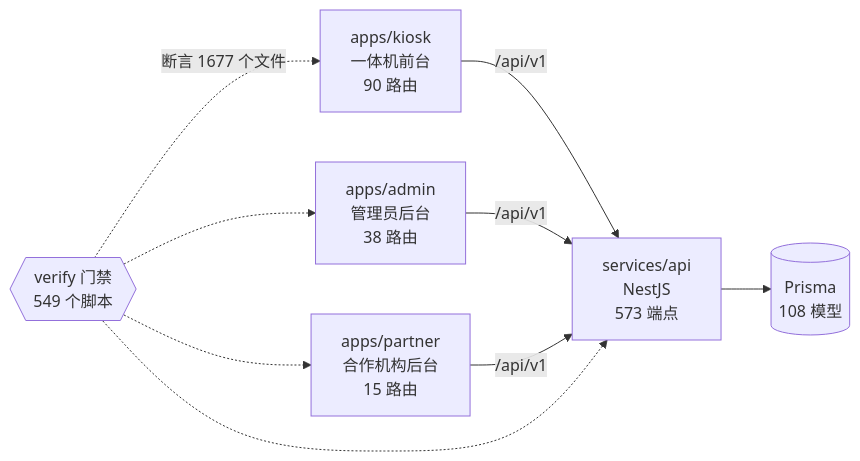
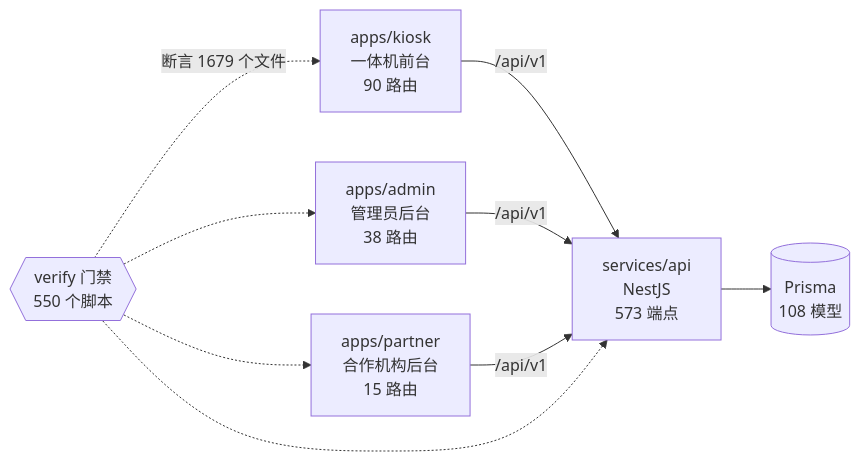
One commit to wanglei581/YITIJI changed the diagram in docs/graph/README.md. Above: the diagram before and after it, drawn with Mermaid. The commit also changed other lines of this file and 3 other files, not shown here.

Commit message:
docs(progress): 北京时间展示记录；重新生成图谱

````diff
--- a/docs/graph/README.md
+++ b/docs/graph/README.md
@@ -68,18 +68,18 @@
 ```mermaid
 flowchart LR
   kiosk["apps/kiosk<br/>一体机前台<br/>90 路由"]
   admin["apps/admin<br/>管理员后台<br/>38 路由"]
   partner["apps/partner<br/>合作机构后台<br/>15 路由"]
   api["services/api<br/>NestJS<br/>573 端点"]
   db[("Prisma<br/>108 模型")]
-  gates{{"verify 门禁<br/>549 个脚本"}}
+  gates{{"verify 门禁<br/>550 个脚本"}}
 
   kiosk -->|"/api/v1"| api
   admin -->|"/api/v1"| api
   partner -->|"/api/v1"| api
   api --> db
-  gates -.->|"断言 1677 个文件"| kiosk
+  gates -.->|"断言 1679 个文件"| kiosk
   gates -.-> admin
   gates -.-> partner
   gates -.-> api
 ```
````
